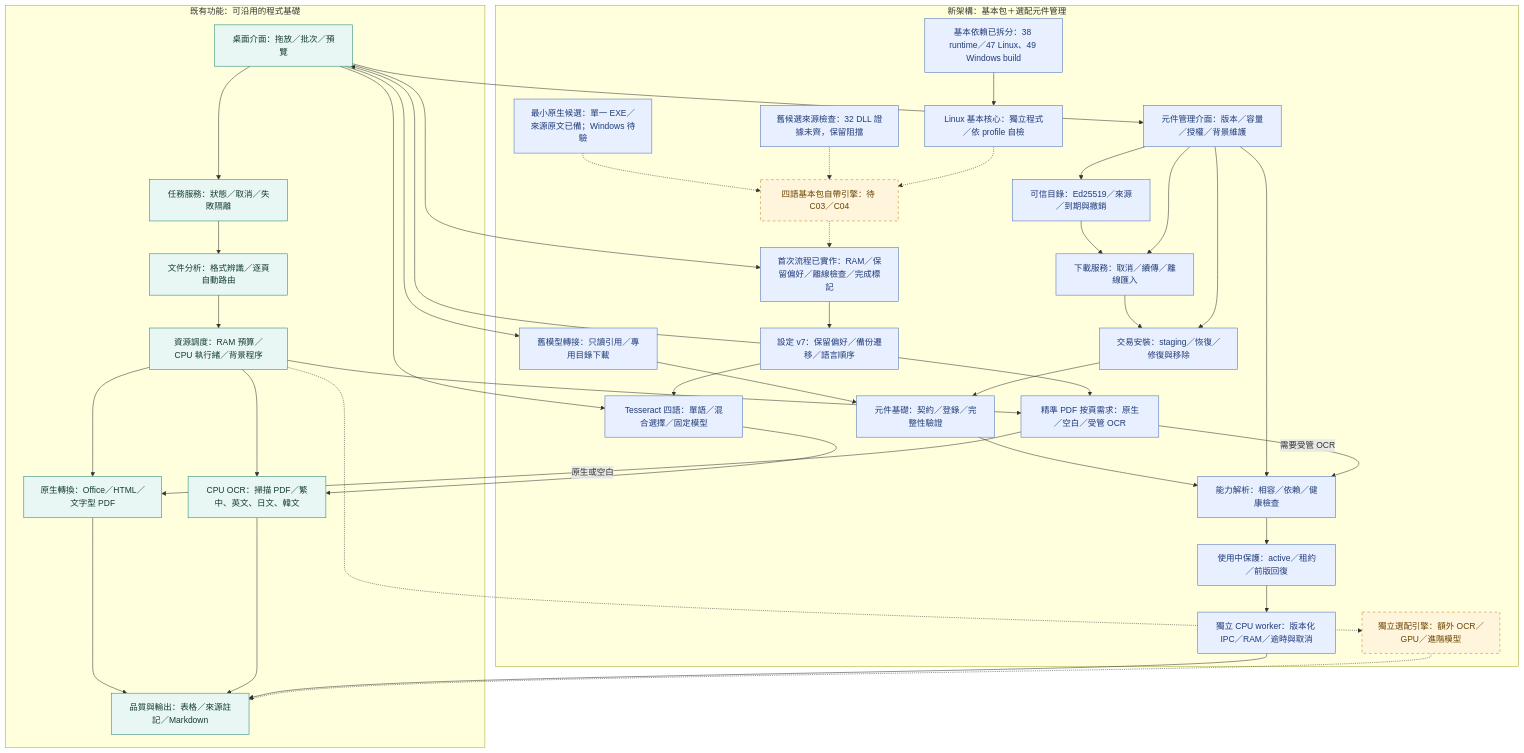
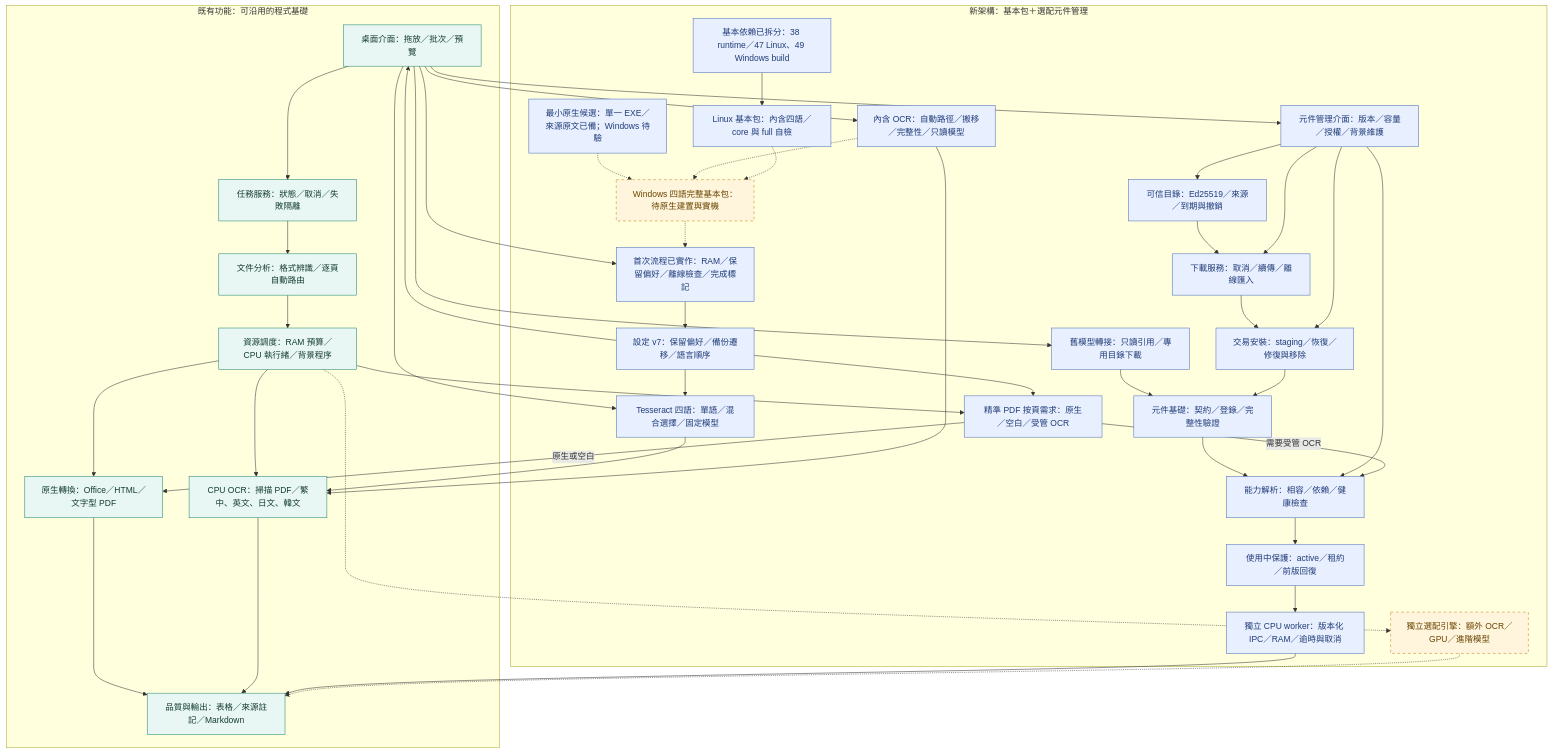
The diagram in README.md (ChouTa-chuan/MarkItDown-exe), drawn with Mermaid before and after one commit. The commit also changed other lines of this file and 408 other files, not shown here.

````diff
--- a/README.md
+++ b/README.md
@@ -21,66 +21,68 @@
 ```mermaid
 flowchart TD
     subgraph Existing["既有功能：可沿用的程式基礎"]
         UI["桌面介面：拖放／批次／預覽"] --> APP["任務服務：狀態／取消／失敗隔離"]
         APP --> PLAN["文件分析：格式辨識／逐頁自動路由"]
         PLAN --> RES["資源調度：RAM 預算／CPU 執行緒／背景程序"]
         RES --> NATIVE["原生轉換：Office／HTML／文字型 PDF"]
         RES --> OCR["CPU OCR：掃描 PDF／繁中、英文、日文、韓文"]
         NATIVE --> QUALITY["品質與輸出：表格／來源註記／Markdown"]
         OCR --> QUALITY
     end
     subgraph Planned["新架構：基本包＋選配元件管理"]
         COMPONENTUI["元件管理介面：版本／容量／授權／背景維護"]
-        FIRST["四語基本包自帶引擎：待 C03／C04"]
+        FIRST["Windows 四語完整基本包：待原生建置與實機"]
         PROFILE["基本依賴已拆分：38 runtime／47 Linux、49 Windows build"]
-        PROFILEBUILD["Linux 基本核心：獨立程式／依 profile 自檢"]
+        PROFILEBUILD["Linux 基本包：內含四語／core 與 full 自檢"]
         FIRSTFLOW["首次流程已實作：RAM／保留偏好／離線檢查／完成標記"]
         COMPONENTS["元件基礎：契約／登錄／完整性驗證"]
         CAPABILITY["能力解析：相容／依賴／健康檢查"]
-        NATIVEASSETS["舊候選來源檢查：32 DLL 證據未齊，保留阻擋"]
+        BUNDLED["內含 OCR：自動路徑／搬移／完整性／只讀模型"]
         MINIMALBUILD["最小原生候選：單一 EXE／來源原文已備；Windows 待驗"]
         LANGUAGES["Tesseract 四語：單語／混合選擇／固定模型"]
         ROUTE["精準 PDF 按頁需求：原生／空白／受管 OCR"]
         CPUWORKER["獨立 CPU worker：版本化 IPC／RAM／逾時與取消"]
         OPTIONAL["獨立選配引擎：額外 OCR／GPU／進階模型"]
         COMPONENTS --> CAPABILITY
         LEGACY["舊模型轉接：只讀引用／專用目錄下載"]
         PREFS["設定 v7：保留偏好／備份遷移／語言順序"]
         LEGACY --> COMPONENTS
         CATALOG["可信目錄：Ed25519／來源／到期與撤銷"] --> DOWNLOAD["下載服務：取消／續傳／離線匯入"]
         DOWNLOAD --> INSTALL["交易安裝：staging／恢復／修復與移除"]
         INSTALL --> COMPONENTS
         CAPABILITY --> LEASE["使用中保護：active／租約／前版回復"]
     end
     UI --> LANGUAGES
     LANGUAGES --> OCR
     PREFS --> LANGUAGES
     UI --> COMPONENTUI
     COMPONENTUI --> INSTALL
     COMPONENTUI --> CATALOG
     COMPONENTUI --> CAPABILITY
     LEASE --> CPUWORKER
     CPUWORKER --> QUALITY
     RES --> ROUTE
     ROUTE -->|需要受管 OCR| CAPABILITY
     ROUTE -->|原生或空白| NATIVE
     COMPONENTUI --> DOWNLOAD
     UI --> LEGACY
     PREFS --> UI
     UI --> FIRSTFLOW
     FIRSTFLOW --> PREFS
     PROFILE --> PROFILEBUILD
     MINIMALBUILD -.-> FIRST
-    NATIVEASSETS -.-> FIRST
+    UI --> BUNDLED
+    BUNDLED --> OCR
+    BUNDLED -.-> FIRST
     PROFILEBUILD -.-> FIRST
     FIRST -.-> FIRSTFLOW
     PREFS --> ROUTE
     RES -.-> OPTIONAL
     OPTIONAL -.-> QUALITY
     classDef existing fill:#e8f7f3,stroke:#21856d,color:#153c31;
     classDef foundation fill:#e8efff,stroke:#4c6fb8,color:#203c77;
-    class COMPONENTS,CAPABILITY,LEGACY,PREFS,CATALOG,DOWNLOAD,INSTALL,LEASE,CPUWORKER,COMPONENTUI,FIRSTFLOW,ROUTE,PROFILE,PROFILEBUILD,LANGUAGES,NATIVEASSETS,MINIMALBUILD foundation;
+    class COMPONENTS,CAPABILITY,LEGACY,PREFS,CATALOG,DOWNLOAD,INSTALL,LEASE,CPUWORKER,COMPONENTUI,FIRSTFLOW,ROUTE,PROFILE,PROFILEBUILD,LANGUAGES,BUNDLED,MINIMALBUILD foundation;
     classDef planned fill:#fff4dc,stroke:#be8519,color:#694500,stroke-dasharray:5 5;
     class UI,APP,PLAN,RES,NATIVE,OCR,QUALITY existing;
     class FIRST,OPTIONAL planned;
 ```
````
